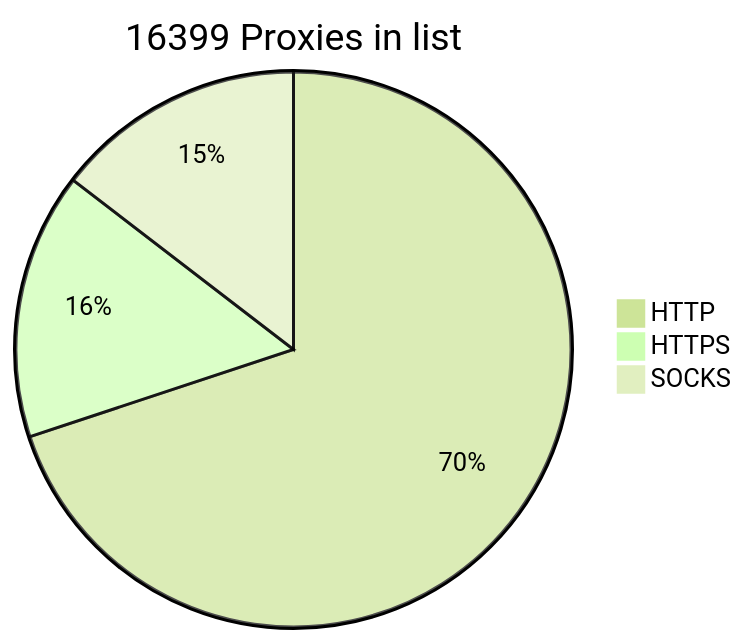
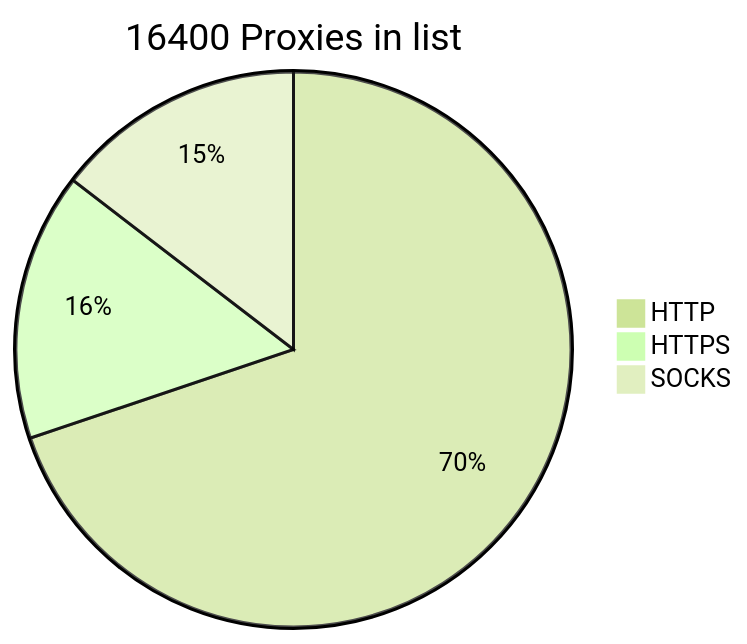
The diagram in README.md (BlackSnowDot/proxylist-update-every-minute), drawn with Mermaid (forest theme) before and after one commit. The commit also changed other lines of this file, not shown here.

````diff
--- a/README.md
+++ b/README.md
@@ -2,6 +2,6 @@
 ```mermaid
-pie title 16399 Proxies in list
-    "HTTP" : 12265
-    "HTTPS": 2721
+pie title 16400 Proxies in list
+    "HTTP" : 12242
+    "HTTPS": 2732
     "SOCKS" : 2556
 ```
````
